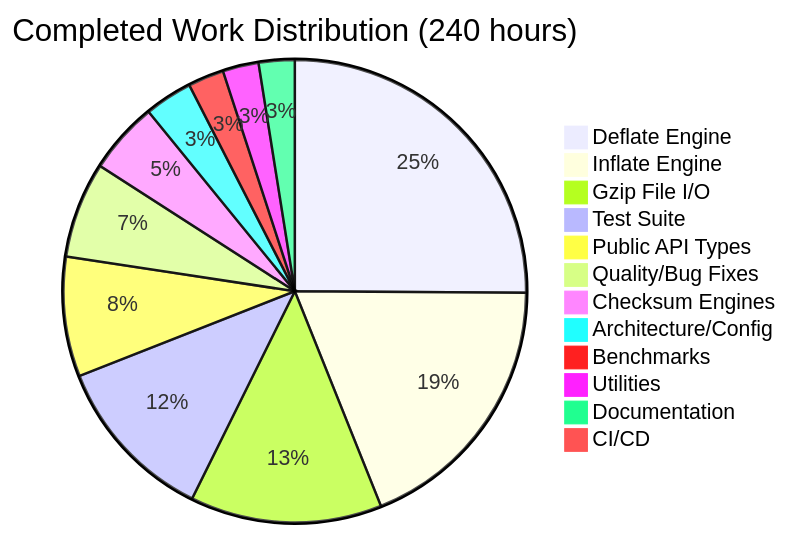
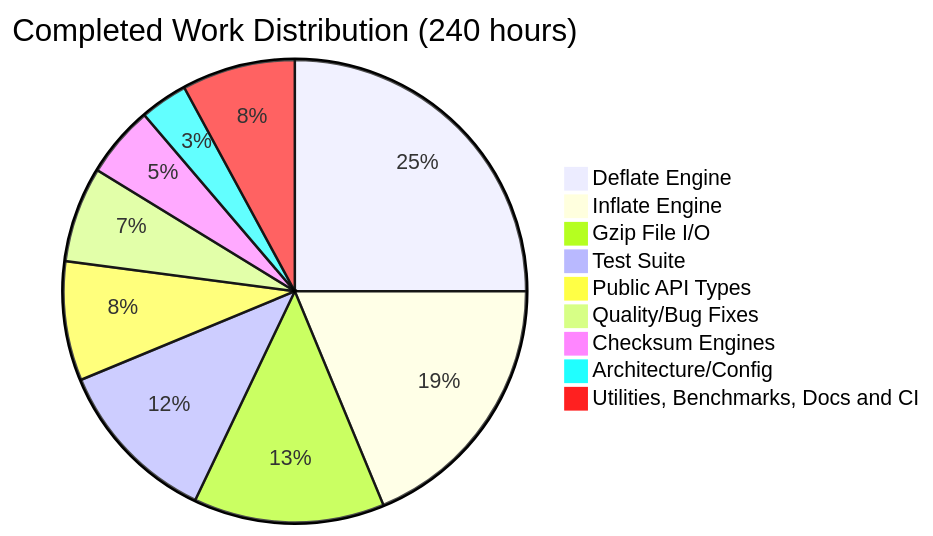
One commit to blitzy-research/zlib changed the second of 2 diagrams in doc/project-guide.md. Above: the diagram before and after it, drawn with Mermaid. The commit also changed other lines of this file, not shown here.

````diff
--- a/doc/project-guide.md
+++ b/doc/project-guide.md
@@ -94,15 +92,12 @@
 ```mermaid
 pie title Completed Work Distribution (240 hours)
     "Deflate Engine" : 60
     "Inflate Engine" : 45
     "Gzip File I/O" : 32
     "Test Suite" : 28
     "Public API Types" : 20
     "Quality/Bug Fixes" : 16
     "Checksum Engines" : 12
     "Architecture/Config" : 8
-    "Benchmarks" : 6
-    "Utilities" : 6
-    "Documentation" : 6
-    "CI/CD" : 1
+    "Utilities, Benchmarks, Docs and CI" : 19
 ```
````
